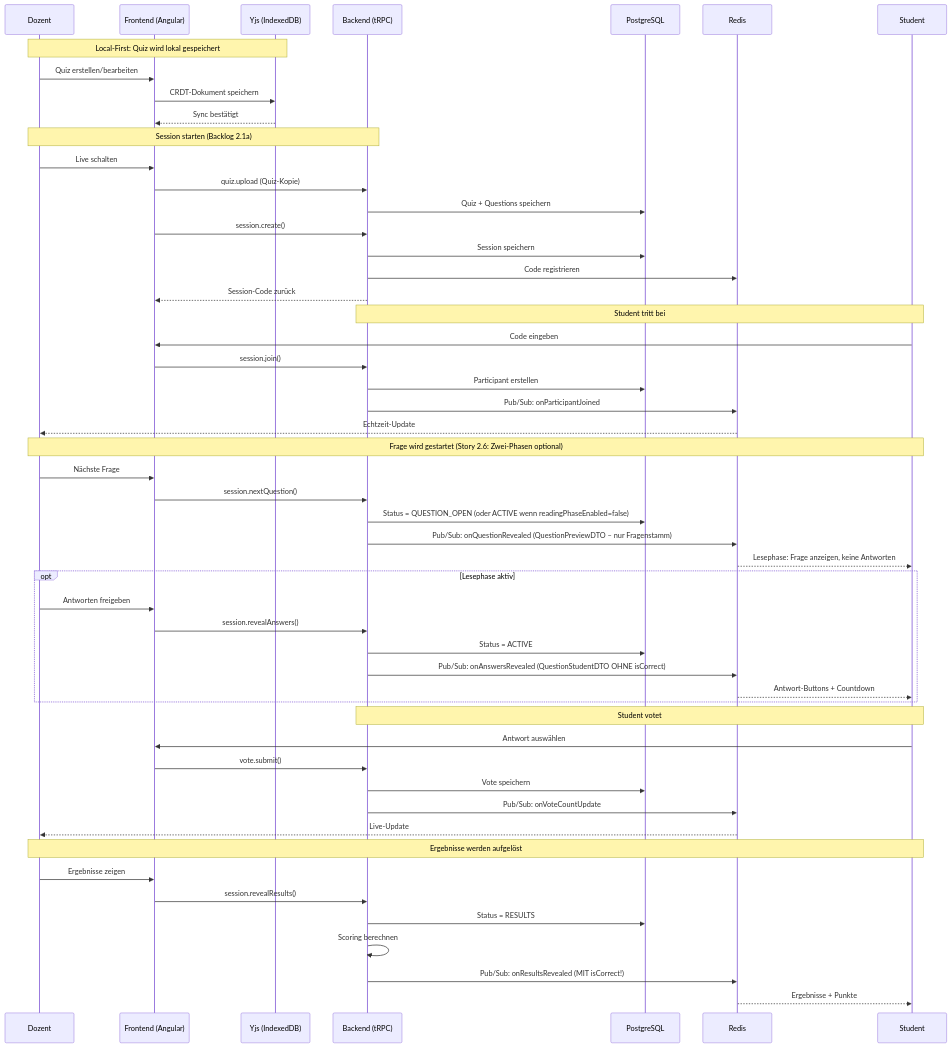
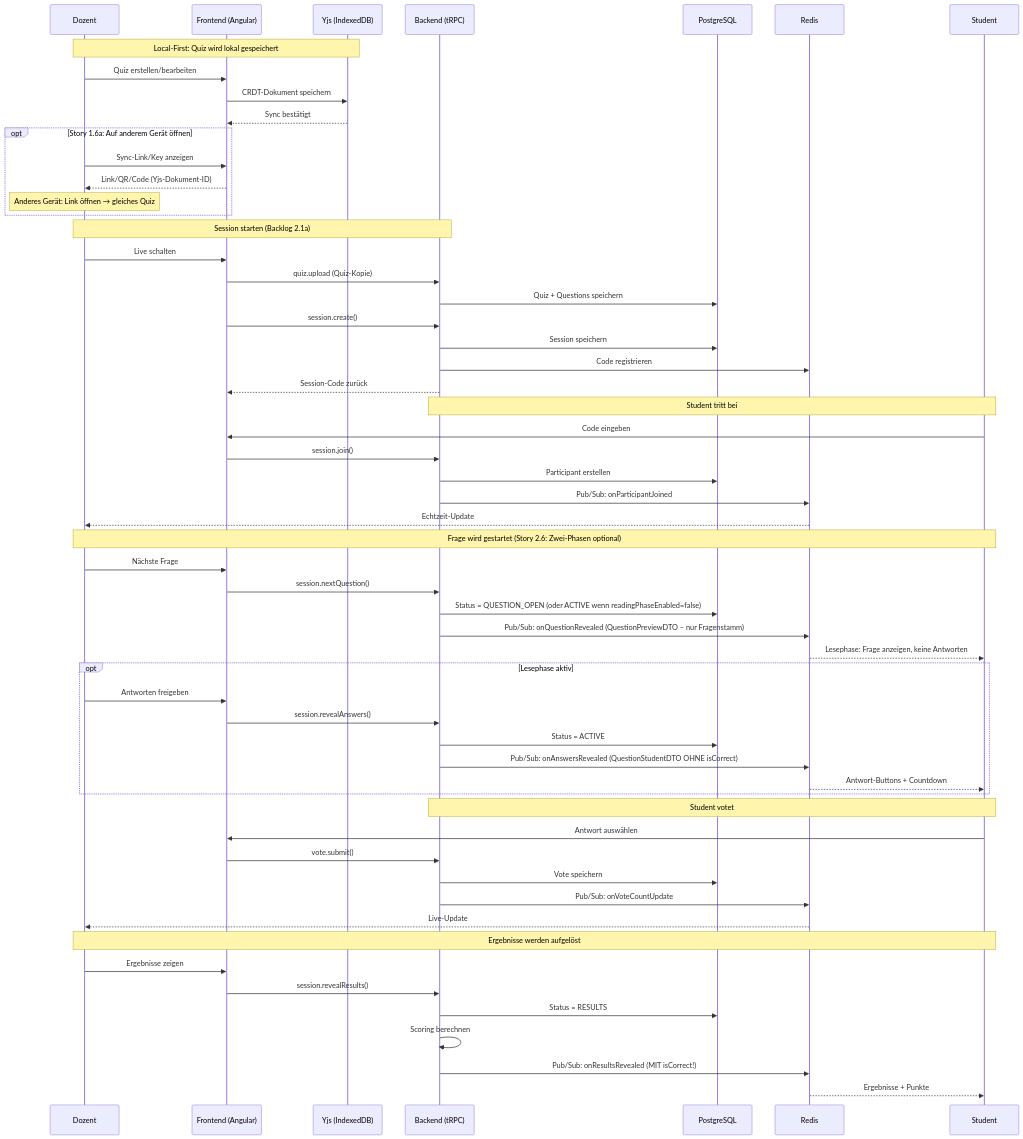
One commit to arsnova-dev/arsnova-click-v3 changed the second of 6 diagrams in docs/diagrams/architecture-overview.md. Above: the diagram before and after it, drawn with Mermaid. The commit also changed 4 other files, not shown here.

Commit message:
docs: update backlog and architecture documentation to include Sync-Link feature for cross-device quiz access

````diff
--- a/docs/diagrams/architecture-overview.md
+++ b/docs/diagrams/architecture-overview.md
@@ -93,61 +93,66 @@
 ```mermaid
 sequenceDiagram
     participant D as Dozent
     participant FE as Frontend (Angular)
     participant YJS as Yjs (IndexedDB)
     participant BE as Backend (tRPC)
     participant PG as PostgreSQL
     participant R as Redis
     participant S as Student
     
     Note over D,YJS: Local-First: Quiz wird lokal gespeichert
     D->>FE: Quiz erstellen/bearbeiten
     FE->>YJS: CRDT-Dokument speichern
     YJS-->>FE: Sync bestätigt
-    
+    opt Story 1.6a: Auf anderem Gerät öffnen
+        D->>FE: Sync-Link/Key anzeigen
+        FE-->>D: Link/QR/Code (Yjs-Dokument-ID)
+        Note over D: Anderes Gerät: Link öffnen → gleiches Quiz
+    end
+
     Note over D,BE: Session starten (Backlog 2.1a)
     D->>FE: Live schalten
     FE->>BE: quiz.upload (Quiz-Kopie)
     BE->>PG: Quiz + Questions speichern
     FE->>BE: session.create()
     BE->>PG: Session speichern
     BE->>R: Code registrieren
     BE-->>FE: Session-Code zurück
     
     Note over S,BE: Student tritt bei
     S->>FE: Code eingeben
     FE->>BE: session.join()
     BE->>PG: Participant erstellen
     BE->>R: Pub/Sub: onParticipantJoined
     R-->>D: Echtzeit-Update
     
     Note over D,S: Frage wird gestartet (Story 2.6: Zwei-Phasen optional)
     D->>FE: Nächste Frage
     FE->>BE: session.nextQuestion()
     BE->>PG: Status = QUESTION_OPEN (oder ACTIVE wenn readingPhaseEnabled=false)
     BE->>R: Pub/Sub: onQuestionRevealed (QuestionPreviewDTO – nur Fragenstamm)
     R-->>S: Lesephase: Frage anzeigen, keine Antworten
 
     opt Lesephase aktiv
         D->>FE: Antworten freigeben
         FE->>BE: session.revealAnswers()
         BE->>PG: Status = ACTIVE
         BE->>R: Pub/Sub: onAnswersRevealed (QuestionStudentDTO OHNE isCorrect)
         R-->>S: Antwort-Buttons + Countdown
     end
 
     Note over S,BE: Student votet
     S->>FE: Antwort auswählen
     FE->>BE: vote.submit()
     BE->>PG: Vote speichern
     BE->>R: Pub/Sub: onVoteCountUpdate
     R-->>D: Live-Update
     
     Note over D,S: Ergebnisse werden aufgelöst
     D->>FE: Ergebnisse zeigen
     FE->>BE: session.revealResults()
     BE->>PG: Status = RESULTS
     BE->>BE: Scoring berechnen
     BE->>R: Pub/Sub: onResultsRevealed (MIT isCorrect!)
     R-->>S: Ergebnisse + Punkte
 ```
````
